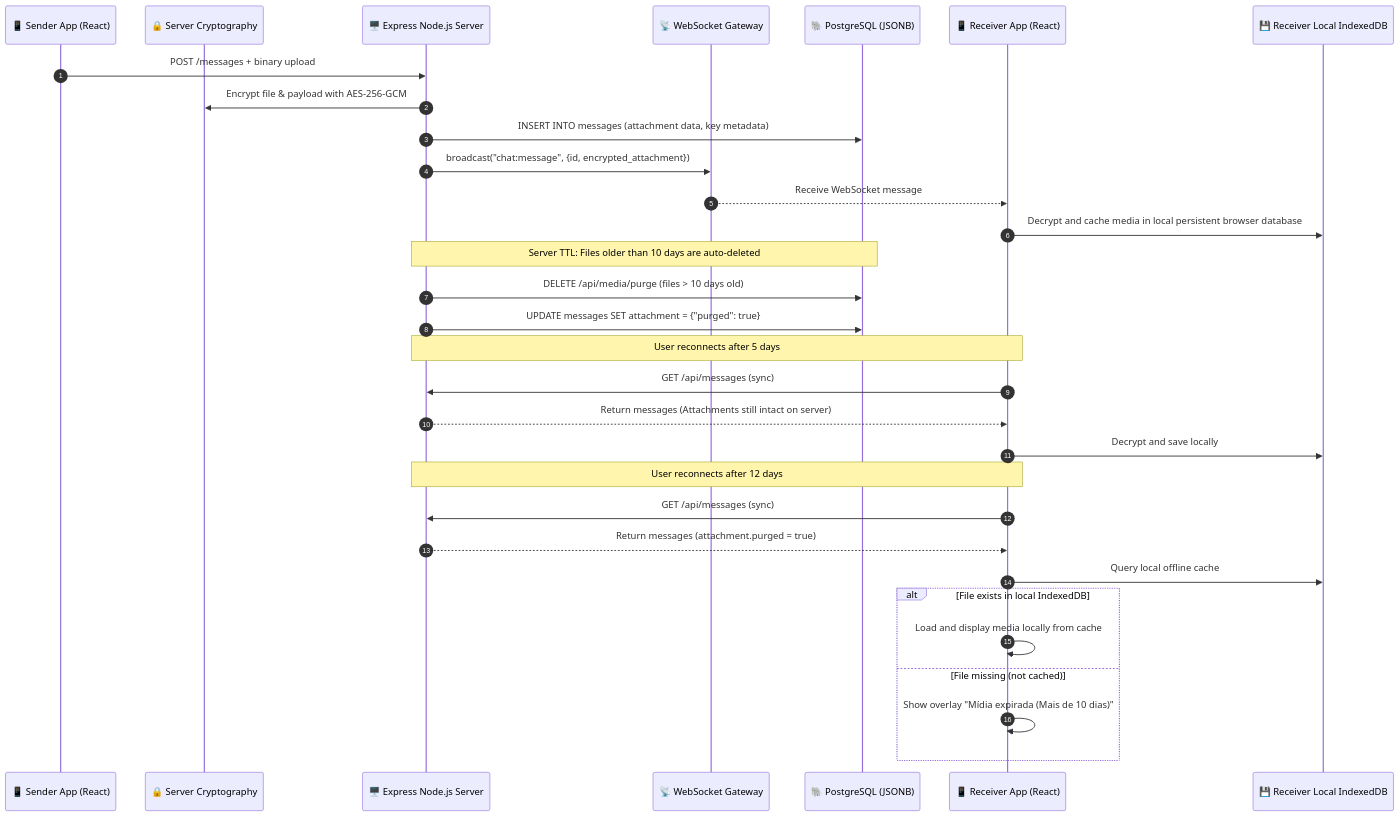
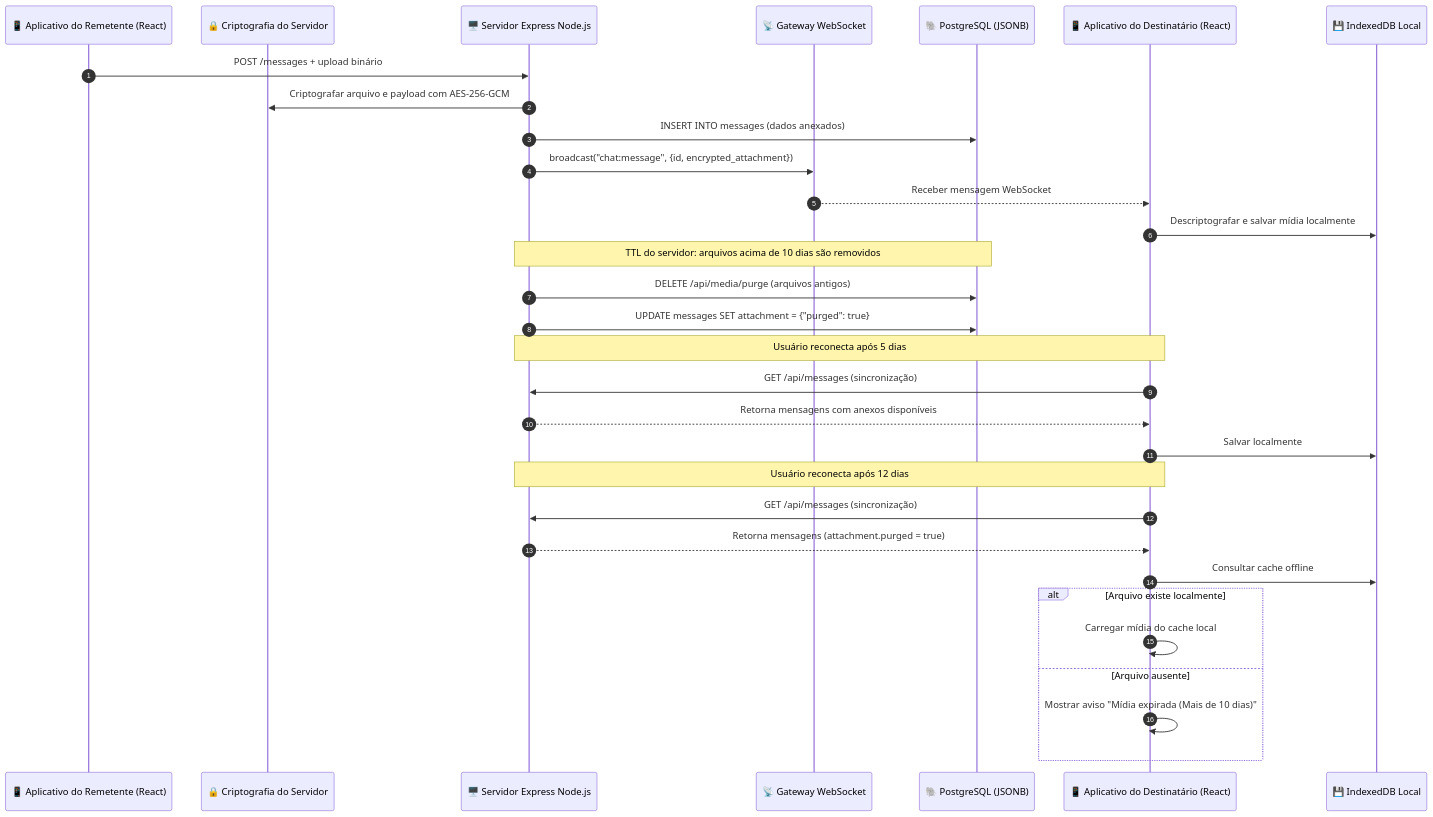
One commit to EduTok/map changed the fifth of 6 diagrams in README.md. Above: the diagram before and after it, drawn with Mermaid. The commit also changed other lines of this file, not shown here.

````diff
--- a/README.md
+++ b/README.md
@@ -220,42 +231,43 @@
 ```mermaid
 sequenceDiagram
     autonumber
-    participant Sender as 📱 Sender App (React)
-    participant Auth as 🔒 Server Cryptography
-    participant Server as 🖥️ Express Node.js Server
-    participant WS as 📡 WebSocket Gateway
+    participant Sender as 📱 Aplicativo do Remetente (React)
+    participant Auth as 🔒 Criptografia do Servidor
+    participant Server as 🖥️ Servidor Express Node.js
+    participant WS as 📡 Gateway WebSocket
     participant DB as 🐘 PostgreSQL (JSONB)
-    participant Receiver as 📱 Receiver App (React)
-    participant IndexedDB as 💾 Receiver Local IndexedDB
+    participant Receiver as 📱 Aplicativo do Destinatário (React)
+    participant IndexedDB as 💾 IndexedDB Local
 
     %% Upload & Encryption Flow
-    Sender->>Server: POST /messages + binary upload
-    Server->>Auth: Encrypt file & payload with AES-256-GCM
-    Server->>DB: INSERT INTO messages (attachment data, key metadata)
-    
-    %% Realtime WebSocket Delivery
+    Sender->>Server: POST /messages + upload binário
+    Server->>Auth: Criptografar arquivo e payload com AES-256-GCM
+    Server->>DB: INSERT INTO messages (dados anexados)
+
+    %% Realtime Delivery
     Server->>WS: broadcast("chat:message", {id, encrypted_attachment})
-    WS-->>Receiver: Receive WebSocket message
-    Receiver->>IndexedDB: Decrypt and cache media in local persistent browser database
+    WS-->>Receiver: Receber mensagem WebSocket
+    Receiver->>IndexedDB: Descriptografar e salvar mídia localmente
 
-    %% Server Media Purging (10-Day TTL)
-    Note over Server, DB: Server TTL: Files older than 10 days are auto-deleted
-    Server->>DB: DELETE /api/media/purge (files > 10 days old)
+    %% Server Purge
+    Note over Server, DB: TTL do servidor: arquivos acima de 10 dias são removidos
+    Server->>DB: DELETE /api/media/purge (arquivos antigos)
     Server->>DB: UPDATE messages SET attachment = {"purged": true}
-    
-    %% Offline Sync & Retrieval
-    Note over Receiver, Server: User reconnects after 5 days
-    Receiver->>Server: GET /api/messages (sync)
-    Server-->>Receiver: Return messages (Attachments still intact on server)
-    Receiver->>IndexedDB: Decrypt and save locally
 
-    Note over Receiver, Server: User reconnects after 12 days
-    Receiver->>Server: GET /api/messages (sync)
-    Server-->>Receiver: Return messages (attachment.purged = true)
-    Receiver->>IndexedDB: Query local offline cache
-    alt File exists in local IndexedDB
-        Receiver->>Receiver: Load and display media locally from cache
-    else File missing (not cached)
-        Receiver->>Receiver: Show overlay "Mídia expirada (Mais de 10 dias)"
+    %% Offline Sync
+    Note over Receiver, Server: Usuário reconecta após 5 dias
+    Receiver->>Server: GET /api/messages (sincronização)
+    Server-->>Receiver: Retorna mensagens com anexos disponíveis
+    Receiver->>IndexedDB: Salvar localmente
+
+    Note over Receiver, Server: Usuário reconecta após 12 dias
+    Receiver->>Server: GET /api/messages (sincronização)
+    Server-->>Receiver: Retorna mensagens (attachment.purged = true)
+    Receiver->>IndexedDB: Consultar cache offline
+
+    alt Arquivo existe localmente
+        Receiver->>Receiver: Carregar mídia do cache local
+    else Arquivo ausente
+        Receiver->>Receiver: Mostrar aviso "Mídia expirada (Mais de 10 dias)"
     end
 ```
````
